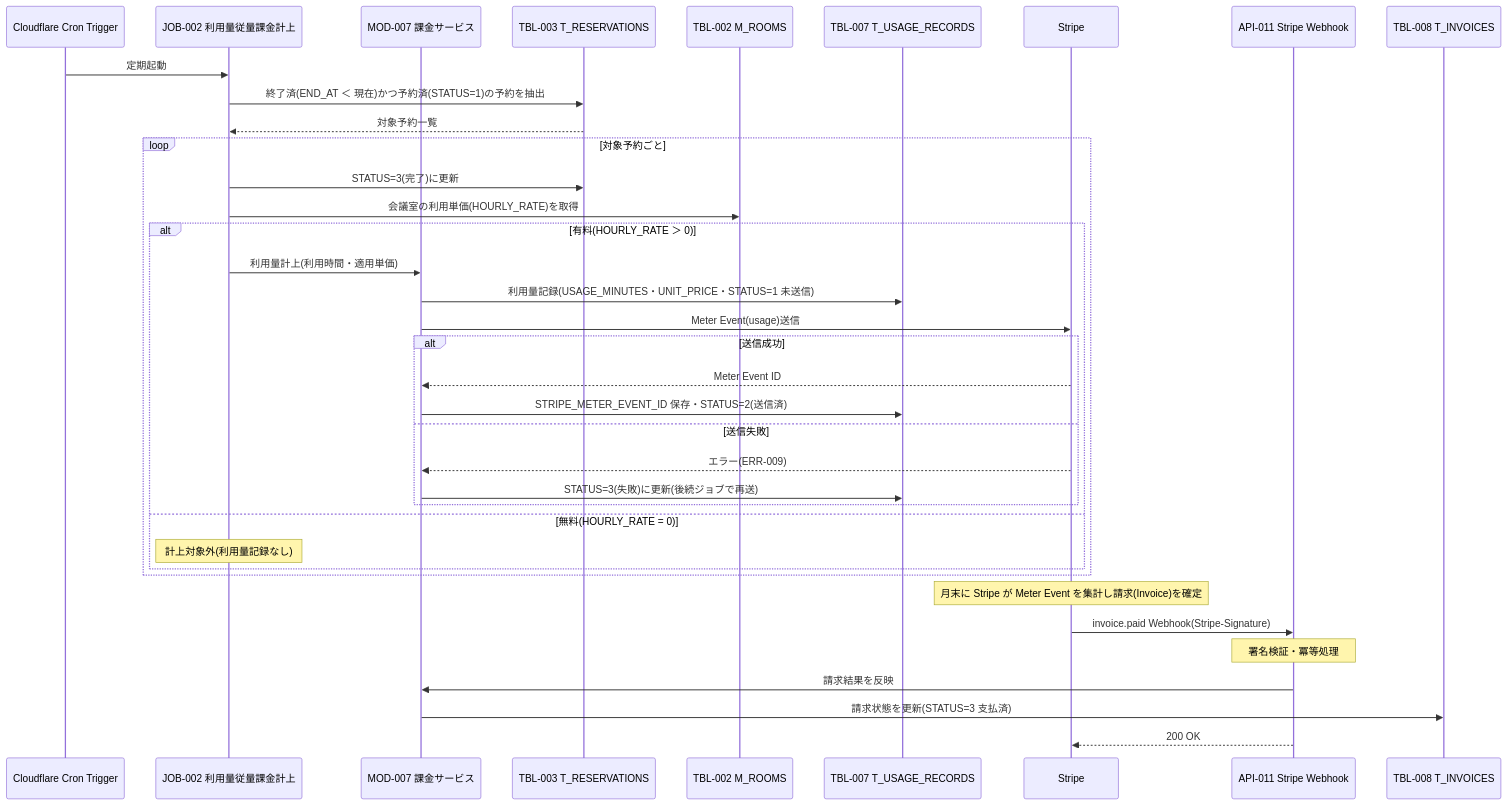
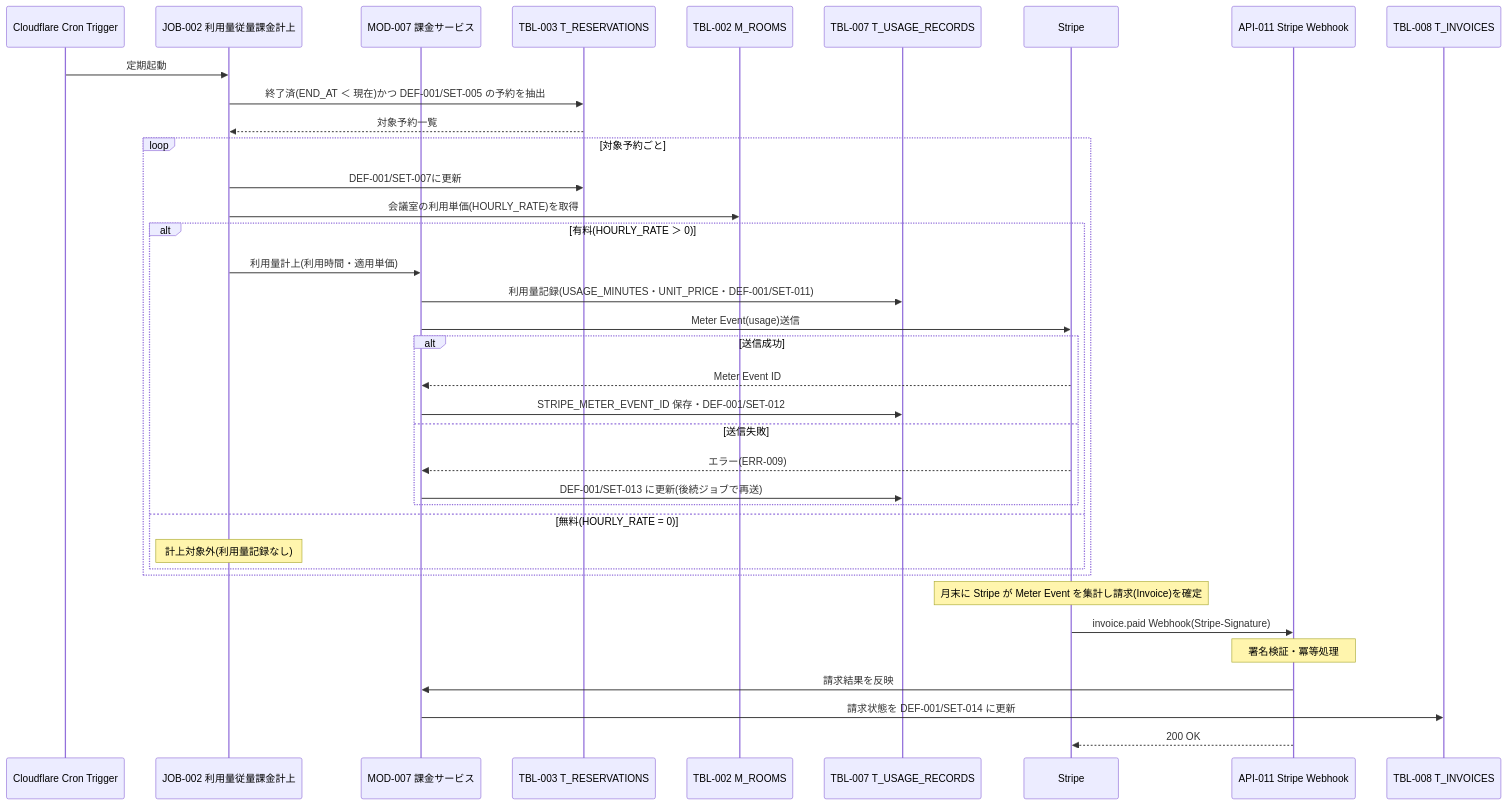
One commit to sikakou54/system-document-template changed the diagram in docs/02_機能設計/08_シーケンス設計/SEQ-003_利用量の従量課金計上シーケンス.md. Above: the diagram before and after it, drawn with Mermaid. The commit also changed other lines of this file and 86 other files, not shown here.

````diff
--- a/docs/02_機能設計/08_シーケンス設計/SEQ-003_利用量の従量課金計上シーケンス.md
+++ b/docs/02_機能設計/08_シーケンス設計/SEQ-003_利用量の従量課金計上シーケンス.md
@@ -27,41 +27,41 @@
 ```mermaid
 sequenceDiagram
     participant CRON as Cloudflare Cron Trigger
     participant JOB as JOB-002 利用量従量課金計上
     participant MOD as MOD-007 課金サービス
     participant RES as TBL-003 T_RESERVATIONS
     participant ROOM as TBL-002 M_ROOMS
     participant REC as TBL-007 T_USAGE_RECORDS
     participant STR as Stripe
     participant WH as API-011 Stripe Webhook
     participant INV as TBL-008 T_INVOICES
 
     CRON->>JOB: 定期起動
-    JOB->>RES: 終了済(END_AT ＜ 現在)かつ予約済(STATUS=1)の予約を抽出
+    JOB->>RES: 終了済(END_AT ＜ 現在)かつ DEF-001/SET-005 の予約を抽出
     RES-->>JOB: 対象予約一覧
     loop 対象予約ごと
-        JOB->>RES: STATUS=3(完了)に更新
+        JOB->>RES: DEF-001/SET-007に更新
         JOB->>ROOM: 会議室の利用単価(HOURLY_RATE)を取得
         alt 有料(HOURLY_RATE ＞ 0)
             JOB->>MOD: 利用量計上(利用時間・適用単価)
-            MOD->>REC: 利用量記録(USAGE_MINUTES・UNIT_PRICE・STATUS=1 未送信)
+            MOD->>REC: 利用量記録(USAGE_MINUTES・UNIT_PRICE・DEF-001/SET-011)
             MOD->>STR: Meter Event(usage)送信
             alt 送信成功
                 STR-->>MOD: Meter Event ID
-                MOD->>REC: STRIPE_METER_EVENT_ID 保存・STATUS=2(送信済)
+                MOD->>REC: STRIPE_METER_EVENT_ID 保存・DEF-001/SET-012
             else 送信失敗
                 STR-->>MOD: エラー(ERR-009)
-                MOD->>REC: STATUS=3(失敗)に更新(後続ジョブで再送)
+                MOD->>REC: DEF-001/SET-013 に更新(後続ジョブで再送)
             end
         else 無料(HOURLY_RATE = 0)
             Note over JOB: 計上対象外(利用量記録なし)
         end
     end
 
     Note over STR: 月末に Stripe が Meter Event を集計し請求(Invoice)を確定
     STR->>WH: invoice.paid Webhook(Stripe-Signature)
     Note over WH: 署名検証・冪等処理
     WH->>MOD: 請求結果を反映
-    MOD->>INV: 請求状態を更新(STATUS=3 支払済)
+    MOD->>INV: 請求状態を DEF-001/SET-014 に更新
     WH-->>STR: 200 OK
 ```
````
